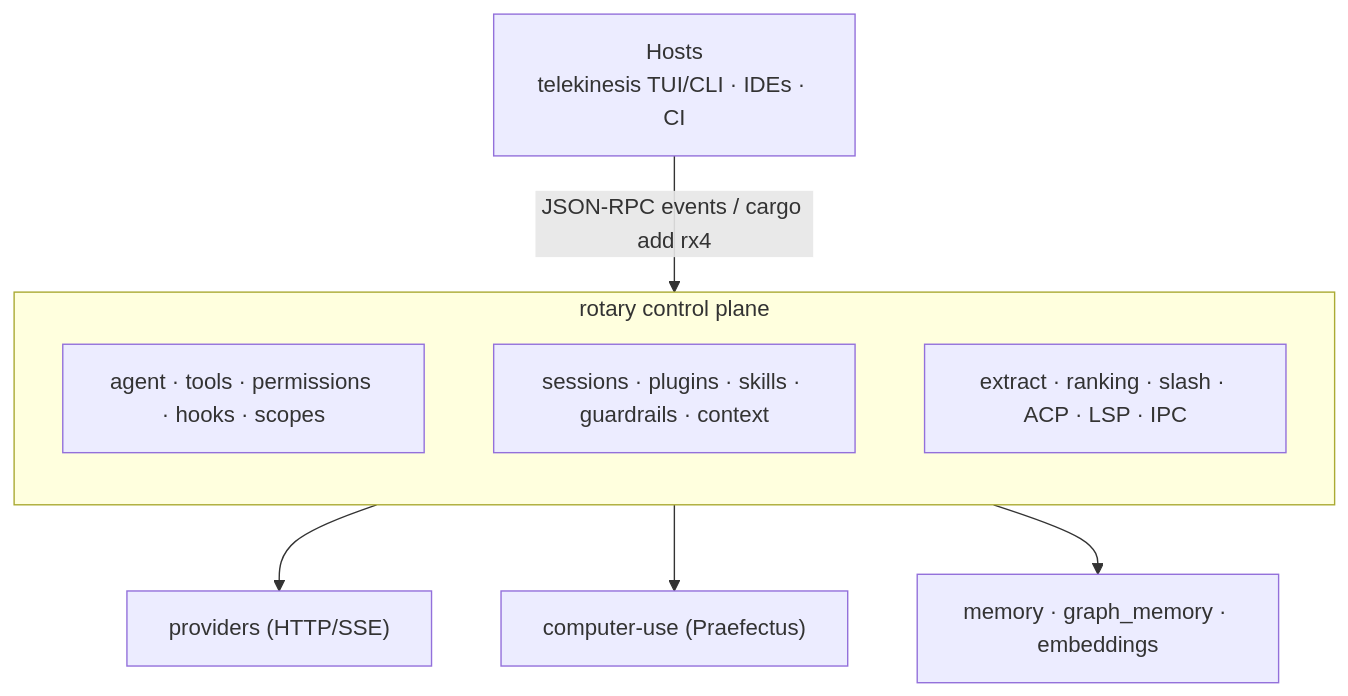
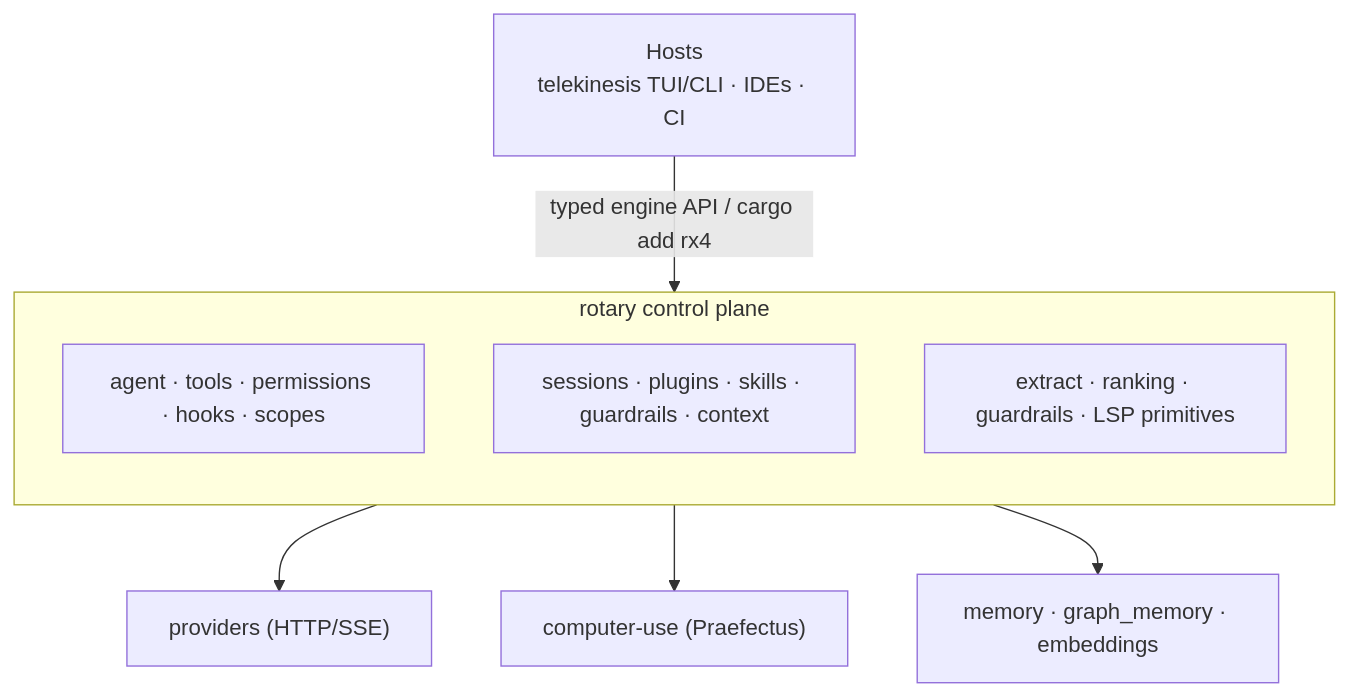
Before and after one commit to tschk/rotary: the first of 2 diagrams in docs/ARCHITECTURE.md, drawn with Mermaid. The commit also changed other lines of this file and 3 other files, not shown here.

Commit message:
docs: clarify engine host boundary

````diff
--- a/docs/ARCHITECTURE.md
+++ b/docs/ARCHITECTURE.md
@@ -13,14 +13,14 @@
 ```mermaid
 graph TD
   Host["Hosts<br/>telekinesis TUI/CLI · IDEs · CI"]
-  Host -->|JSON-RPC events / cargo add rx4| Ctrl
+  Host -->|typed engine API / cargo add rx4| Ctrl
   subgraph Ctrl["rotary control plane"]
     direction TB
     Agent["agent · tools · permissions · hooks · scopes"]
     Sess["sessions · plugins · skills · guardrails · context"]
-    Extra["extract · ranking · slash · ACP · LSP · IPC"]
+    Extra["extract · ranking · guardrails · LSP primitives"]
   end
   Ctrl --> Providers["providers (HTTP/SSE)"]
   Ctrl --> CU["computer-use (Praefectus)"]
   Ctrl --> Mem["memory · graph_memory · embeddings"]
 ```
````
